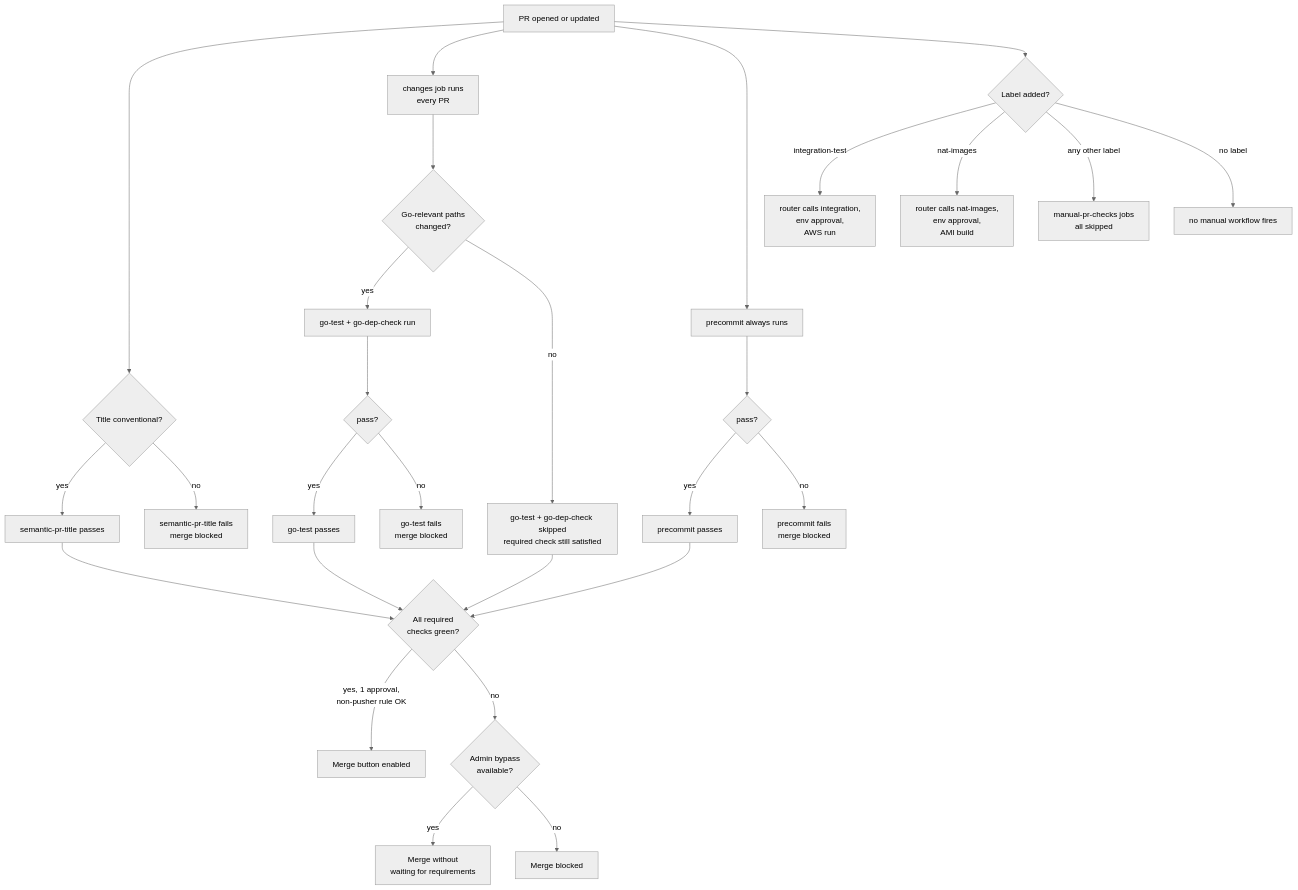
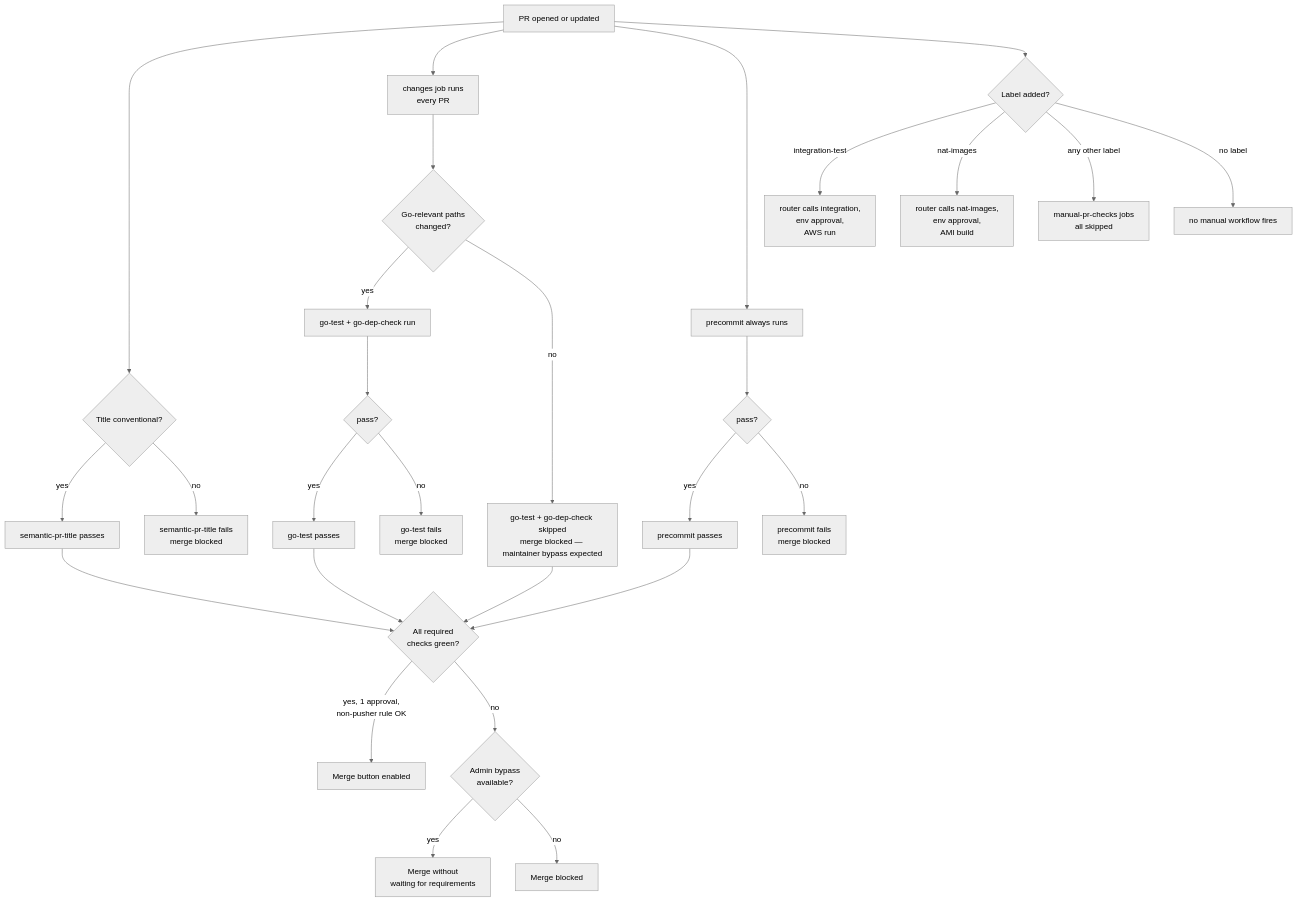
Before and after one commit to MachineDotDev/nat-zero: the seventh of 12 diagrams in docs/workflows.md, drawn with Mermaid (neutral theme). The commit also changed other lines of this file, not shown here.

First line of the commit message:
docs: call out skipped required checks and the bypass path

````diff
--- a/docs/workflows.md
+++ b/docs/workflows.md
@@ -223,34 +223,34 @@
 ```mermaid
 flowchart TD
     PR[PR opened or updated] --> T{Title conventional?}
     T -->|yes| SPT_OK[semantic-pr-title passes]
     T -->|no| SPT_FAIL[semantic-pr-title fails<br/>merge blocked]
 
     PR --> CHG[changes job runs<br/>every PR]
     CHG --> PATH{Go-relevant paths<br/>changed?}
     PATH -->|yes| GOT[go-test + go-dep-check run]
-    PATH -->|no| GOT_SKIP[go-test + go-dep-check skipped<br/>required check still satisfied]
+    PATH -->|no| GOT_SKIP[go-test + go-dep-check skipped<br/>merge blocked — maintainer bypass expected]
     GOT --> GOT_RESULT{pass?}
     GOT_RESULT -->|yes| GOT_OK[go-test passes]
     GOT_RESULT -->|no| GOT_FAIL[go-test fails<br/>merge blocked]
 
     PR --> PCR[precommit always runs]
     PCR --> PCR_RESULT{pass?}
     PCR_RESULT -->|yes| PCR_OK[precommit passes]
     PCR_RESULT -->|no| PCR_FAIL[precommit fails<br/>merge blocked]
 
     PR --> LBL{Label added?}
     LBL -->|integration-test| IT_FLOW[router calls integration,<br/>env approval,<br/>AWS run]
     LBL -->|nat-images| NI_FLOW[router calls nat-images,<br/>env approval,<br/>AMI build]
     LBL -->|any other label| MPC_SKIP[manual-pr-checks jobs<br/>all skipped]
     LBL -->|no label| NOTHING[no manual workflow fires]
 
     SPT_OK --> MERGE{All required<br/>checks green?}
     GOT_OK --> MERGE
     GOT_SKIP --> MERGE
     PCR_OK --> MERGE
     MERGE -->|yes, 1 approval,<br/>non-pusher rule OK| MERGEABLE[Merge button enabled]
     MERGE -->|no| BYPASS{Admin bypass<br/>available?}
     BYPASS -->|yes| OVERRIDE[Merge without<br/>waiting for requirements]
     BYPASS -->|no| BLOCKED[Merge blocked]
 ```
````
